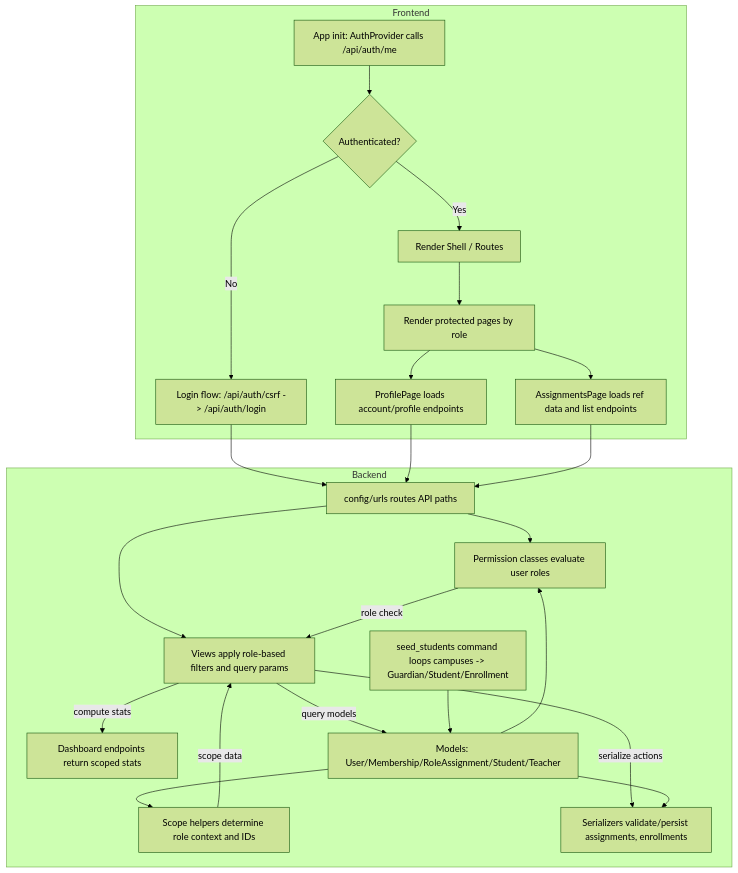
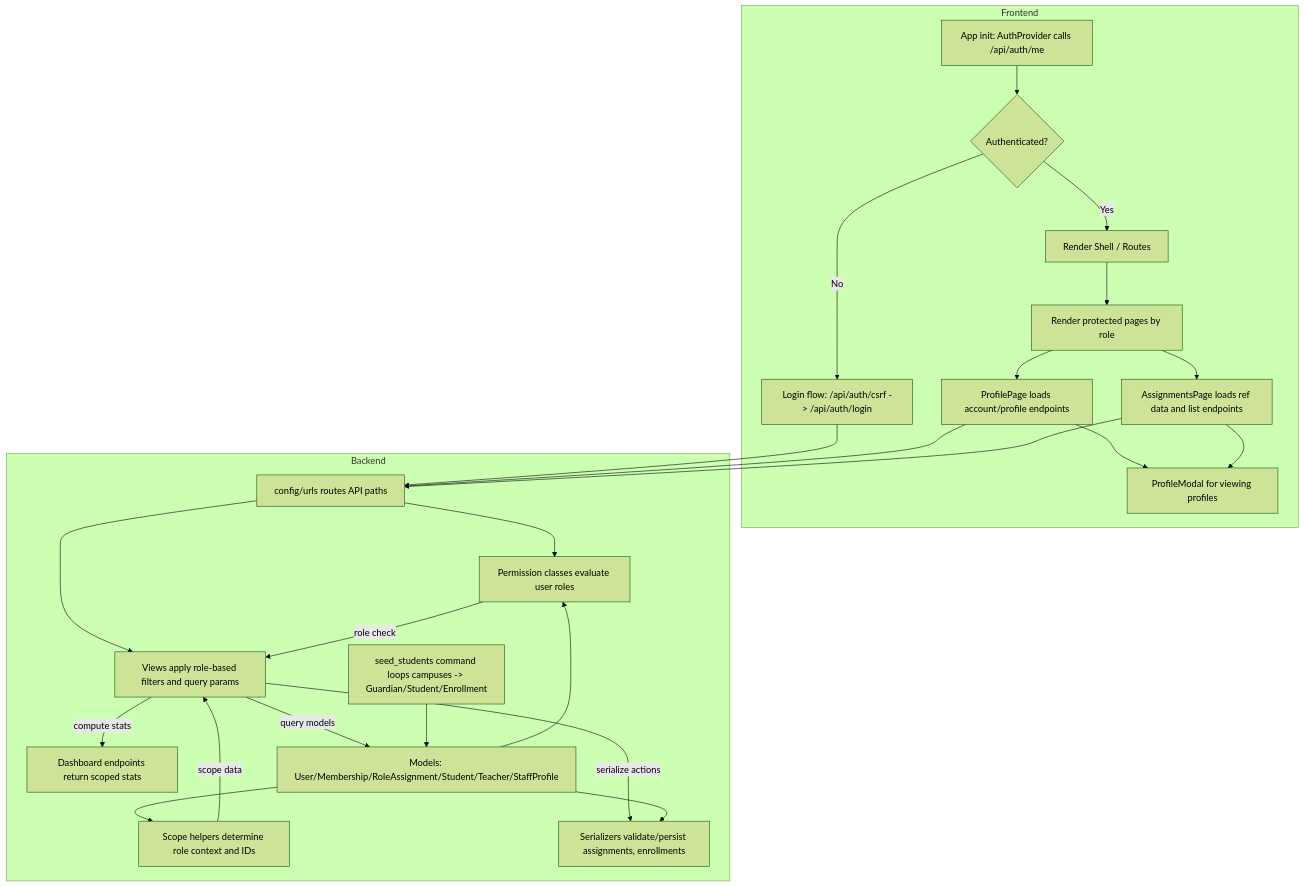
One commit to lordvalicious/perfect-foundation-sms changed the diagram in frontend/src/Untitled-1.mmd. Above: the diagram before and after it, drawn with Mermaid (forest theme).

Commit message:
i have made some changes

```diff
--- a/frontend/src/Untitled-1.mmd
+++ b/frontend/src/Untitled-1.mmd
@@ -1,76 +1,79 @@
 ---
 references:
   - "File:
     /backend/apps/accounts/migrations/0003_staffprofile_photo_user_photo_and_mo\
     re.py"
   - "File: /backend/apps/accounts/models.py"
   - "File: /backend/apps/accounts/permissions.py"
   - "File: /backend/apps/accounts/scopes.py"
   - "File: /backend/apps/accounts/serializers.py"
   - "File: /backend/apps/attendance/views.py"
   - "File: /backend/apps/dashboard/views.py"
   - "File: /backend/apps/exams/views.py"
   - "File: /backend/apps/students/management/commands/seed_students.py"
   - "File: /backend/apps/students/migrations/0003_student_photo_student_user.py"
   - "File: /backend/apps/students/models.py"
   - "File: /backend/apps/students/serializers.py"
   - "File: /backend/apps/students/urls.py"
   - "File: /backend/apps/students/views.py"
   - "File:
     /backend/apps/teachers/migrations/0004_teacher_photo_teacher_user_teacheras\
     signment.py"
   - "File: /backend/apps/teachers/models.py"
   - "File: /backend/apps/teachers/serializers.py"
   - "File: /backend/apps/teachers/urls.py"
   - "File: /backend/apps/teachers/views.py"
   - "File: /backend/apps/timetable/views.py"
   - "File: /backend/config/settings/base.py"
   - "File: /backend/config/urls.py"
   - "File: /frontend/src/App.jsx"
   - "File: /frontend/src/auth.jsx"
   - "File: /frontend/src/pages/AssignmentsPage.jsx"
   - "File: /frontend/src/pages/ProfilePage.jsx"
-generationTime: 2026-08-11T16:36:07.229Z
+generationTime: 2026-08-11T20:25:15.678Z
 ---
 flowchart TD
     subgraph FE["Frontend"]
         A["App init: AuthProvider calls /api/auth/me"]
         B{"Authenticated?"}
         C["Render Shell / Routes"]
         D["Login flow: /api/auth/csrf -> /api/auth/login"]
         E["Render protected pages by role"]
         F["ProfilePage loads account/profile endpoints"]
         G["AssignmentsPage loads ref data and list endpoints"]
+        P["ProfileModal for viewing profiles"]
     end
 
     subgraph BE["Backend"]
         H["config/urls routes API paths"]
         I["Permission classes evaluate user roles"]
         J["Scope helpers determine role context and IDs"]
         K["Views apply role-based filters and query params"]
         L["Dashboard endpoints return scoped stats"]
         M["Serializers validate/persist assignments, enrollments"]
-        N["Models: User/Membership/RoleAssignment/Student/Teacher"]
+        N["Models: User/Membership/RoleAssignment/Student/Teacher/StaffProfile"]
         O["seed_students command loops campuses -> Guardian/Student/Enrollment"]
     end
 
     A --> B
     B -->|Yes| C
     B -->|No| D
     C --> E
     D --> H
     E --> F
     E --> G
     F --> H
     G --> H
     H --> I
     H --> K
     I -->|role check| K
     J -->|scope data| K
     K -->|compute stats| L
     K -->|serialize actions| M
     K -->|query models| N
     N --> I
     N --> J
     N --> M
     O --> N
+    F --> P
+    G --> P
```
